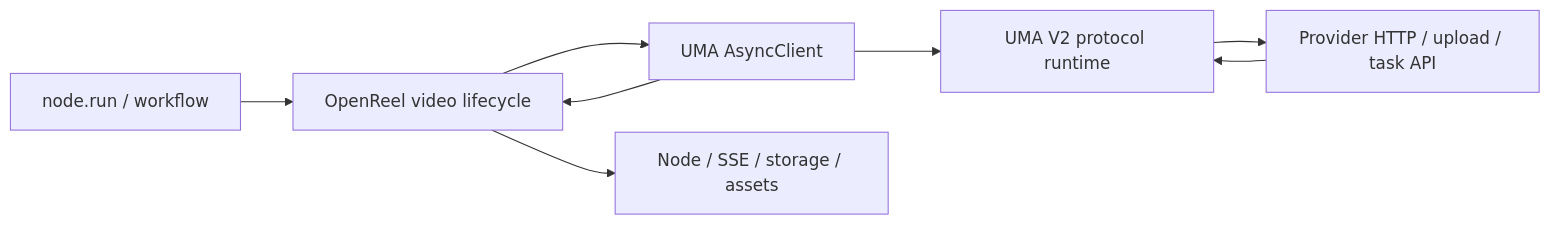
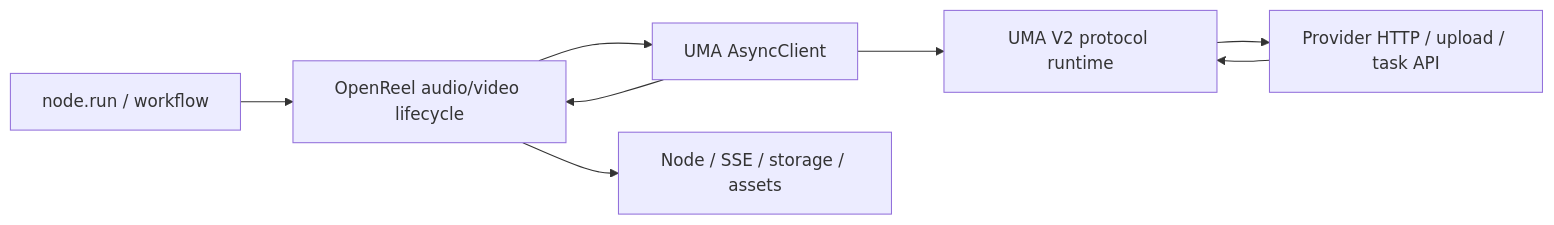
The second of 2 diagrams in docs/en/model-providers.md (yutianxiao6/openreel-studio), drawn with Mermaid before and after one commit. The commit also changed other lines of this file and 31 other files, not shown here.

````diff
--- a/docs/en/model-providers.md
+++ b/docs/en/model-providers.md
@@ -107,10 +107,10 @@
 ```mermaid
 flowchart LR
-  A[node.run / workflow] --> B[OpenReel video lifecycle]
+  A[node.run / workflow] --> B[OpenReel audio/video lifecycle]
   B --> C[UMA AsyncClient]
   C --> D[UMA V2 protocol runtime]
   D --> E[Provider HTTP / upload / task API]
   E --> D
   C --> B
   B --> F[Node / SSE / storage / assets]
 ```
````
